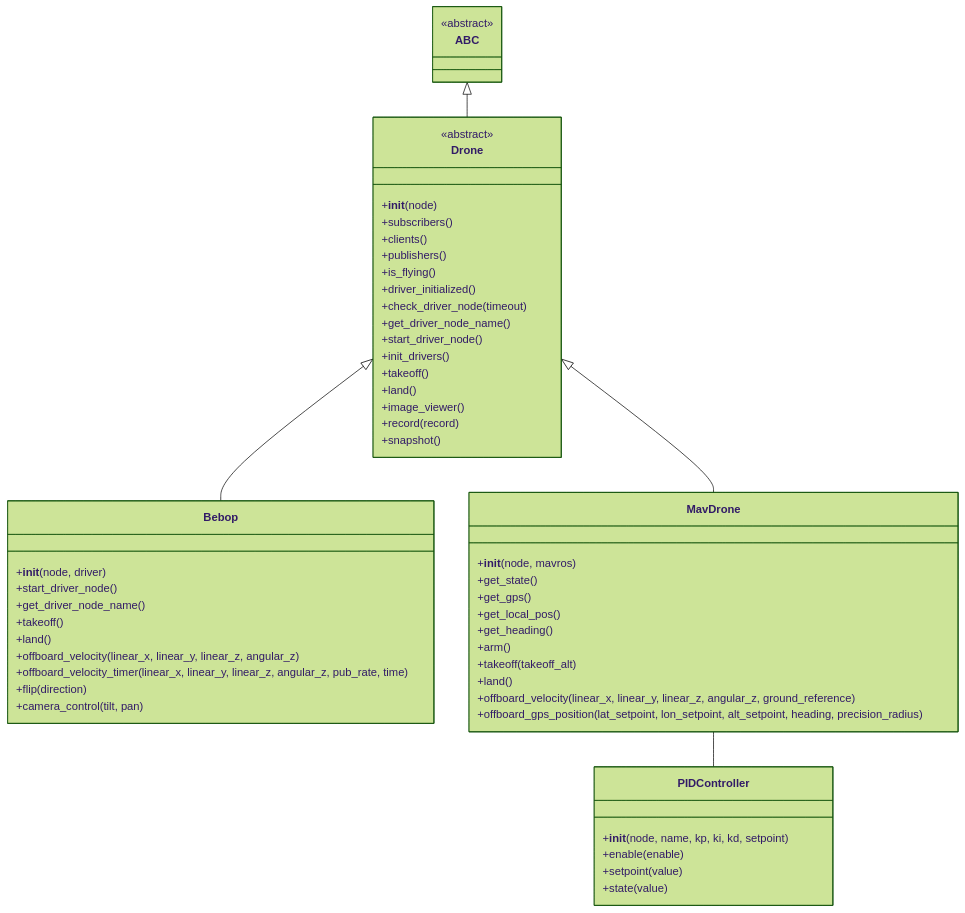
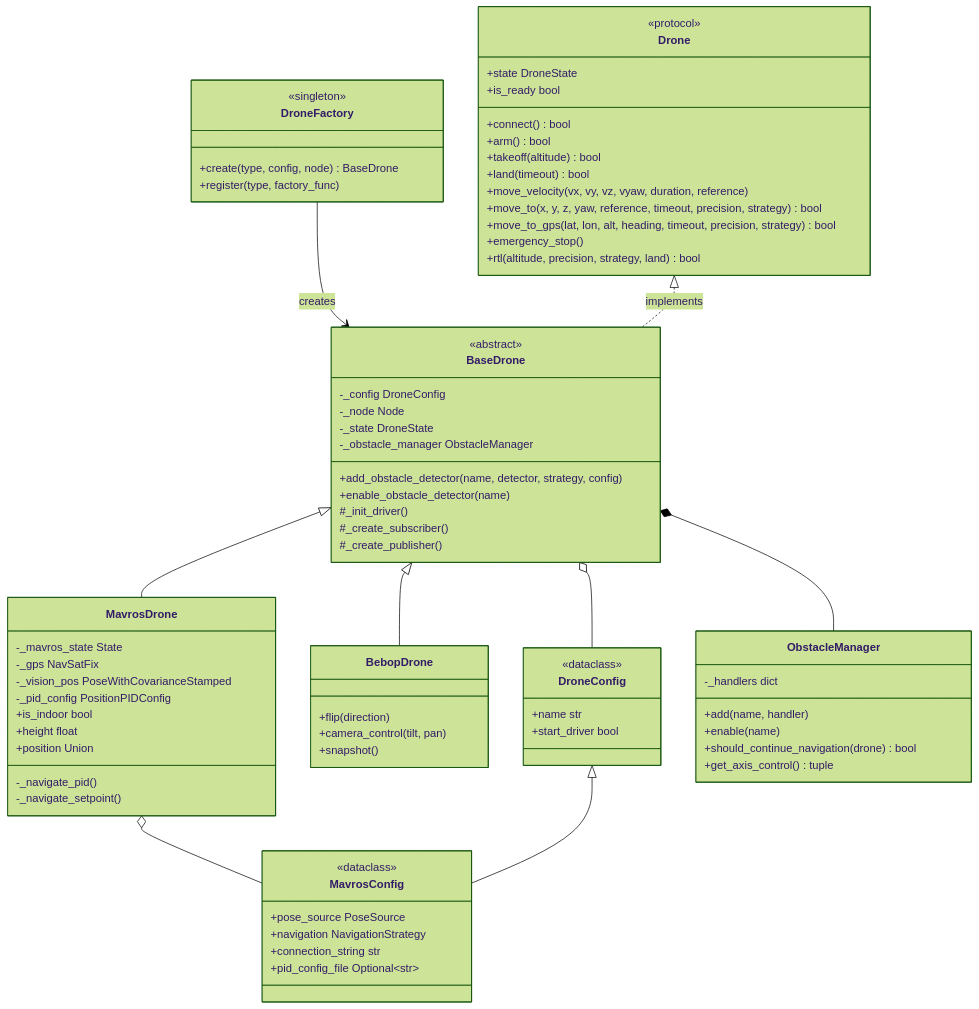
The first of 2 diagrams in mirela_sdk/mirela_sdk/control/README.md (Black-Bee-Drones/nectar-sdk), drawn with Mermaid (forest theme) before and after one commit. The commit also changed other lines of this file and 4 other files, not shown here.

Commit message:
docs: add readmes for mavros, and overall control module

````diff
--- a/mirela_sdk/mirela_sdk/control/README.md
+++ b/mirela_sdk/mirela_sdk/control/README.md
@@ -125,58 +15,85 @@
 ```mermaid
 classDiagram
-    class ABC {
+    class DroneFactory {
+        <<singleton>>
+        +create(type, config, node) BaseDrone
+        +register(type, factory_func)
+    }
+    
+    class Drone {
+        <<protocol>>
+        +state DroneState
+        +is_ready bool
+        +connect() bool
+        +arm() bool
+        +takeoff(altitude) bool
+        +land(timeout) bool
+        +move_velocity(vx, vy, vz, vyaw, duration, reference)
+        +move_to(x, y, z, yaw, reference, timeout, precision, strategy) bool
+        +move_to_gps(lat, lon, alt, heading, timeout, precision, strategy) bool
+        +emergency_stop()
+        +rtl(altitude, precision, strategy, land) bool
+    }
+    
+    class BaseDrone {
         <<abstract>>
+        -_config DroneConfig
+        -_node Node
+        -_state DroneState
+        -_obstacle_manager ObstacleManager
+        +add_obstacle_detector(name, detector, strategy, config)
+        +enable_obstacle_detector(name)
+        #_init_driver()
+        #_create_subscriber()
+        #_create_publisher()
     }
-    class Drone {
-        <<abstract>>
-        +__init__(node)
-        +subscribers()
-        +clients()
-        +publishers()
-        +is_flying()
-        +driver_initialized()
-        +check_driver_node(timeout)
-        +get_driver_node_name()
-        +start_driver_node()
-        +init_drivers()
-        +takeoff()
-        +land()
-        +image_viewer()
-        +record(record)
+    
+    class MavrosDrone {
+        -_mavros_state State
+        -_gps NavSatFix
+        -_vision_pos PoseWithCovarianceStamped
+        -_pid_config PositionPIDConfig
+        +is_indoor bool
+        +height float
+        +position Union
+        -_navigate_pid()
+        -_navigate_setpoint()
+    }
+    
+    class BebopDrone {
+        +flip(direction)
+        +camera_control(tilt, pan)
         +snapshot()
     }
-    class Bebop {
-        +__init__(node, driver)
-        +start_driver_node()
-        +get_driver_node_name()
-        +takeoff()
-        +land()
-        +offboard_velocity(linear_x, linear_y, linear_z, angular_z)
-        +offboard_velocity_timer(linear_x, linear_y, linear_z, angular_z, pub_rate, time)
-        +flip(direction)
-        +camera_control(tilt, pan)
+    
+    class DroneConfig {
+        <<dataclass>>
+        +name str
+        +start_driver bool
     }
-    class MavDrone {
-        +__init__(node, mavros)
-        +get_state()
-        +get_gps()
-        +get_local_pos()
-        +get_heading()
-        +arm()
-        +takeoff(takeoff_alt)
-        +land()
-        +offboard_velocity(linear_x, linear_y, linear_z, angular_z, ground_reference)
-        +offboard_gps_position(lat_setpoint, lon_setpoint, alt_setpoint, heading, precision_radius)
+    
+    class MavrosConfig {
+        <<dataclass>>
+        +pose_source PoseSource
+        +navigation NavigationStrategy
+        +connection_string str
+        +pid_config_file Optional~str~
     }
-    class PIDController {
-        +__init__(node, name, kp, ki, kd, setpoint)
-        +enable(enable)
-        +setpoint(value)
-        +state(value)
+    
+    class ObstacleManager {
+        -_handlers dict
+        +add(name, handler)
+        +enable(name)
+        +should_continue_navigation(drone) bool
+        +get_axis_control() tuple
     }
-
-    ABC <|-- Drone
-    Drone <|-- Bebop
-    Drone <|-- MavDrone
-    MavDrone -- PIDController
+    
+    DroneFactory --> BaseDrone : creates
+    Drone <|.. BaseDrone : implements
+    BaseDrone <|-- MavrosDrone
+    BaseDrone <|-- BebopDrone
+    BaseDrone *-- ObstacleManager
+    BaseDrone o-- DroneConfig
+    MavrosDrone o-- MavrosConfig
+    DroneConfig <|-- MavrosConfig
 ```
````
